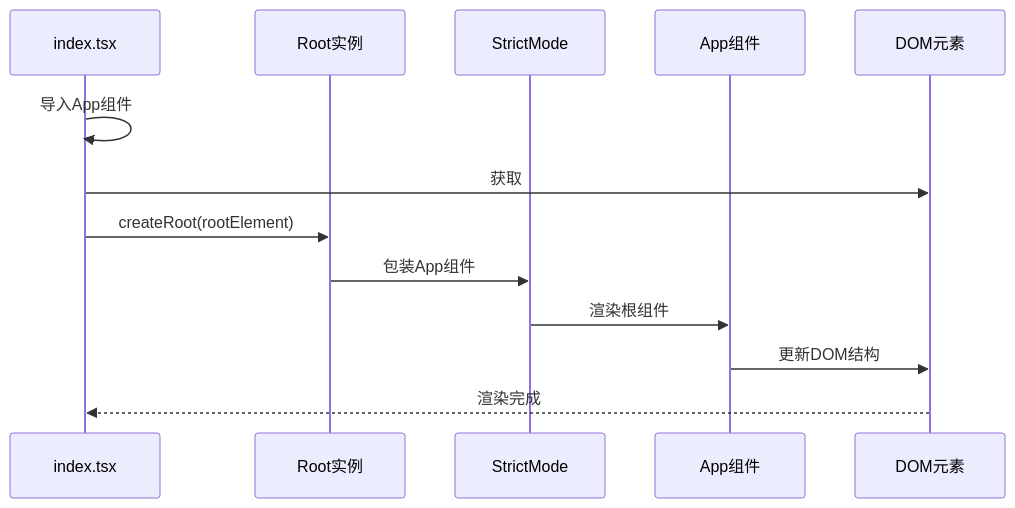
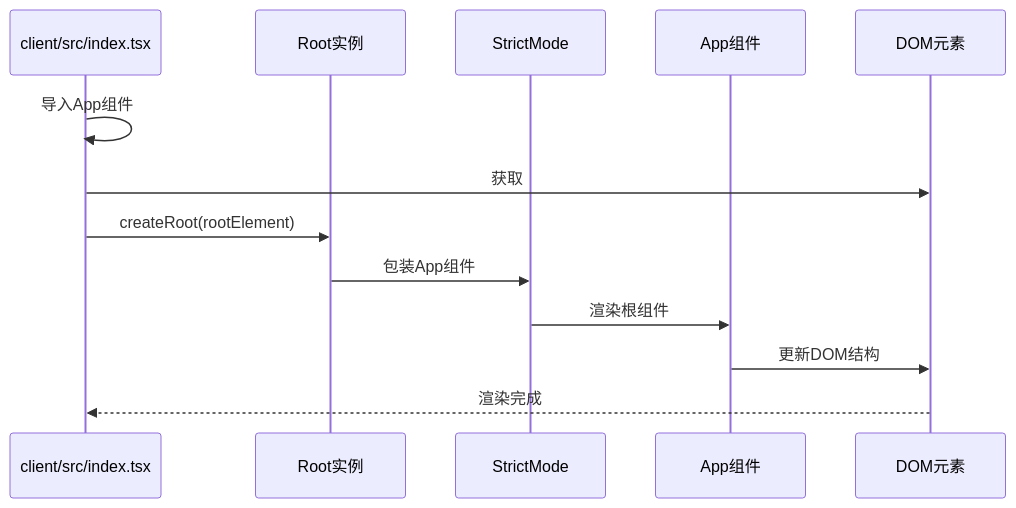
The fifth of 9 diagrams in .qoder/repowiki/zh/content/核心组件/应用入口点.md (kkxxll/reactNext), drawn with Mermaid before and after one commit. The commit also changed other lines of this file and 12 other files, not shown here.

````diff
--- a/.qoder/repowiki/zh/content/核心组件/应用入口点.md
+++ b/.qoder/repowiki/zh/content/核心组件/应用入口点.md
@@ -187,15 +203,15 @@
 ```mermaid
 sequenceDiagram
-participant Index as index.tsx
+participant Index as client/src/index.tsx
 participant Root as Root实例
 participant Strict as StrictMode
 participant App as App组件
 participant DOM as DOM元素
 Index->>Index : 导入App组件
 Index->>DOM : 获取#root元素
 Index->>Root : createRoot(rootElement)
 Root->>Strict : 包装App组件
 Strict->>App : 渲染根组件
 App->>DOM : 更新DOM结构
 DOM-->>Index : 渲染完成
 ```
````
